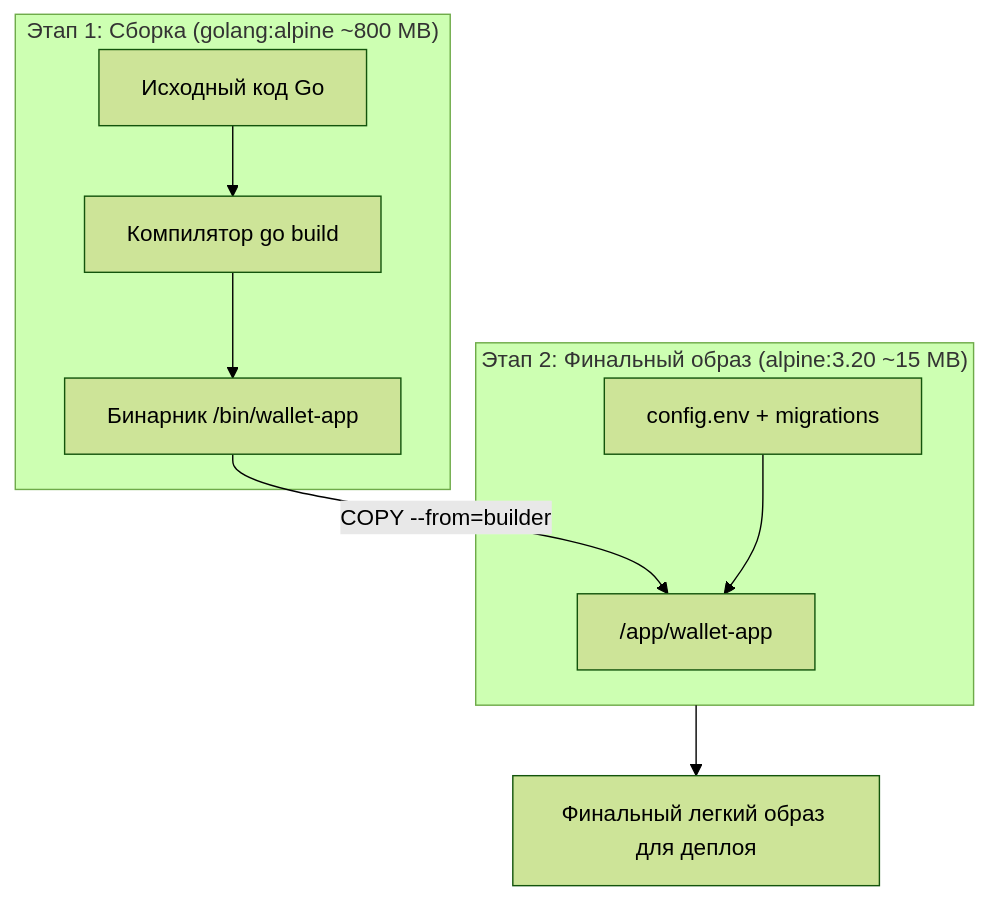
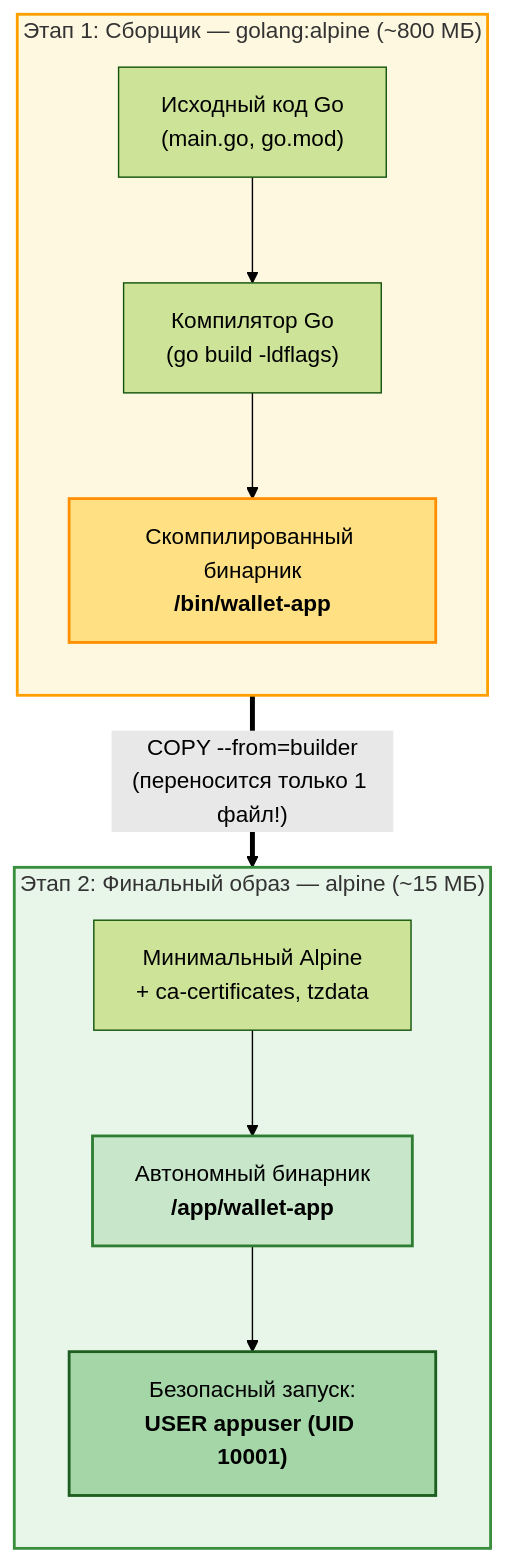
One commit to Alex808r/go-production-engineering changed the second of 2 diagrams in go-documentation/docker-and-compose-starter-guide.md. Above: the diagram before and after it, drawn with Mermaid (forest theme). The commit also changed other lines of this file, not shown here.

Commit message:
docs: improve Multi-Stage build diagram layout with ASCII box and clean Mermaid diagram

````diff
--- a/go-documentation/docker-and-compose-starter-guide.md
+++ b/go-documentation/docker-and-compose-starter-guide.md
@@ -353,12 +377,30 @@
 ```mermaid
 flowchart TD
-    subgraph Stage1 ["Этап 1: Сборка (golang:alpine ~800 MB)"]
-        A["Исходный код Go"] --> B["Компилятор go build"]
-        B --> C["Бинарник /bin/wallet-app"]
+    subgraph Builder ["Этап 1: Сборщик — golang:alpine (~800 МБ)"]
+        direction TB
+        Code["Исходный код Go<br/>(main.go, go.mod)"]
+        Compiler["Компилятор Go<br/>(go build -ldflags)"]
+        BinBuilder["Скомпилированный бинарник<br/><b>/bin/wallet-app</b>"]
+
+        Code --> Compiler
+        Compiler --> BinBuilder
     end
-    subgraph Stage2 ["Этап 2: Финальный образ (alpine:3.20 ~15 MB)"]
-        C -- "COPY --from=builder" --> D["/app/wallet-app"]
-        E["config.env + migrations"] --> D
+
+    subgraph Runtime ["Этап 2: Финальный образ — alpine (~15 МБ)"]
+        direction TB
+        OS["Минимальный Alpine<br/>+ ca-certificates, tzdata"]
+        BinFinal["Автономный бинарник<br/><b>/app/wallet-app</b>"]
+        Run["Безопасный запуск:<br/><b>USER appuser (UID 10001)</b>"]
+
+        OS --> BinFinal
+        BinFinal --> Run
     end
-    Stage2 --> F["Финальный легкий образ для деплоя"]
+
+    BinBuilder ==>|"COPY --from=builder<br/>(переносится только 1 файл!)"| BinFinal
+
+    style Builder fill:#fff8e1,stroke:#ffa000,stroke-width:2px
+    style Runtime fill:#e8f5e9,stroke:#388e3c,stroke-width:2px
+    style BinBuilder fill:#ffe082,stroke:#ff8f00,stroke-width:2px
+    style BinFinal fill:#c8e6c9,stroke:#2e7d32,stroke-width:2px
+    style Run fill:#a5d6a7,stroke:#1b5e20,stroke-width:2px
 ```
````
